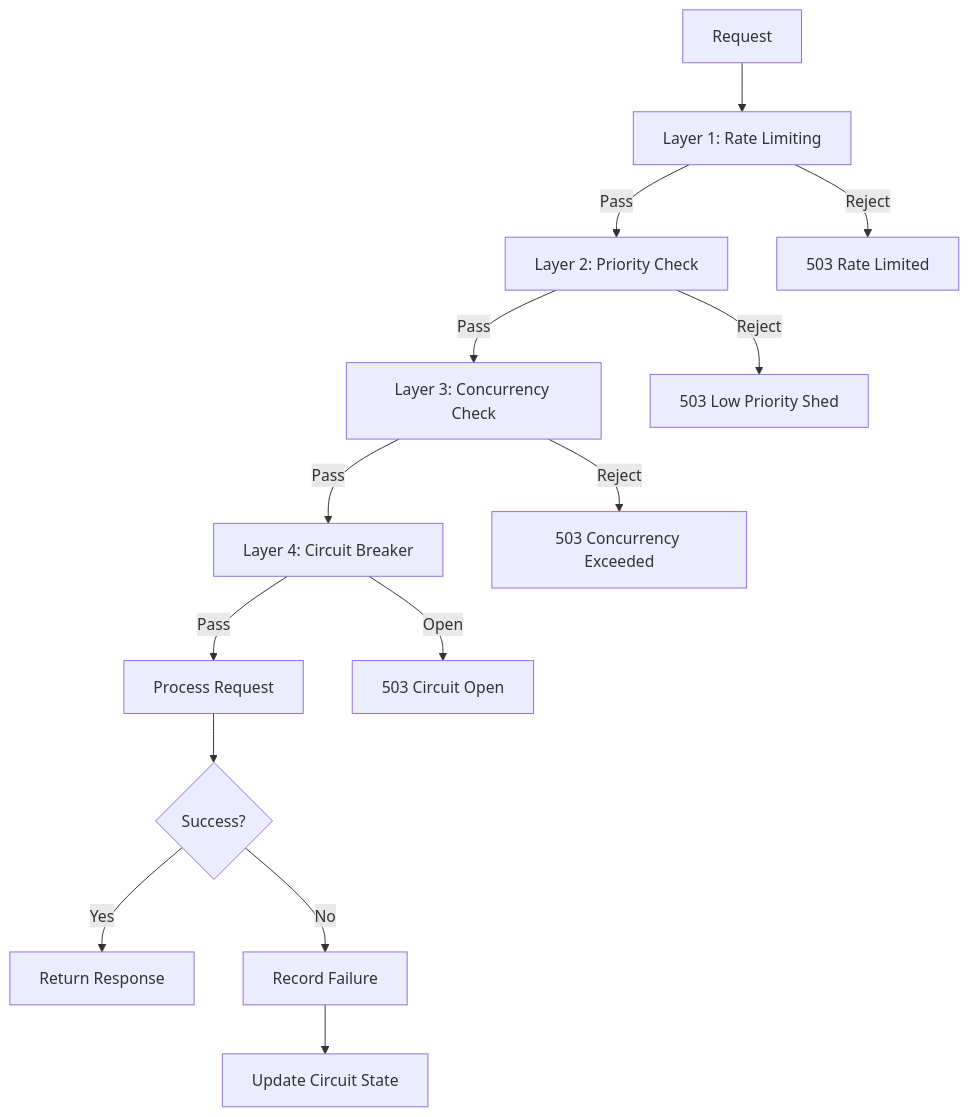
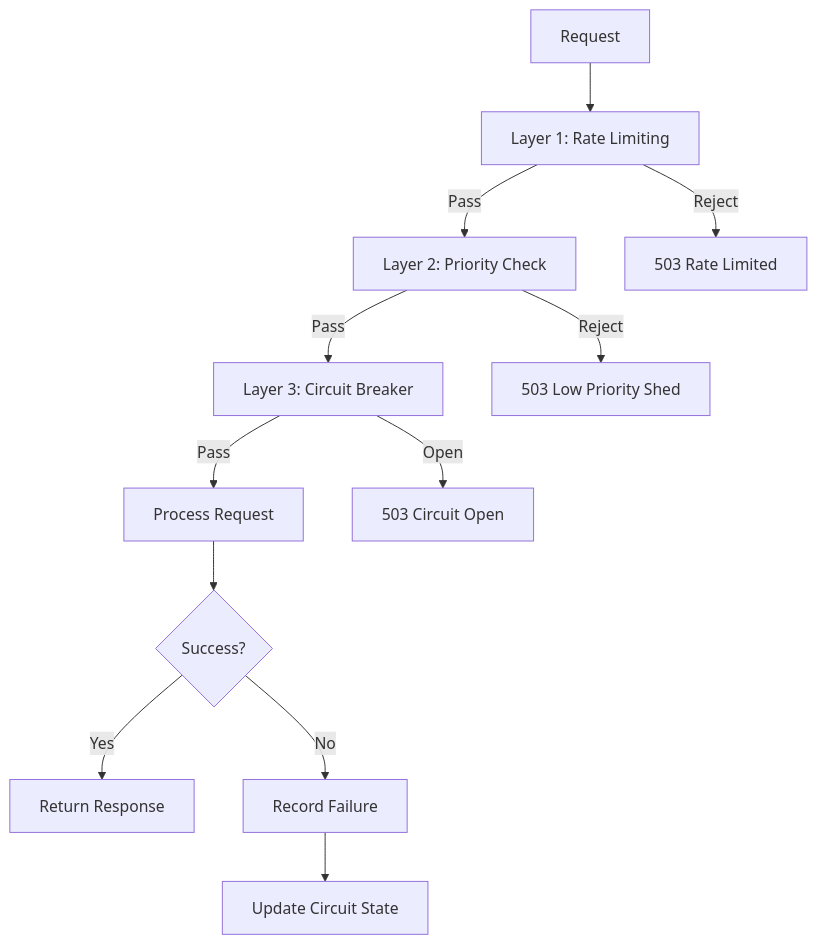
One commit to OneUptime/blog changed the fifth of 7 diagrams in posts/2026-01-30-build-load-shedding-strategies/README.md. Above: the diagram before and after it, drawn with Mermaid. The commit also changed other lines of this file and 2 other files, not shown here.

````diff
--- a/posts/2026-01-30-build-load-shedding-strategies/README.md
+++ b/posts/2026-01-30-build-load-shedding-strategies/README.md
@@ -718,20 +741,17 @@
 ```mermaid
 flowchart TD
     A[Request] --> B[Layer 1: Rate Limiting]
     B -->|Pass| C[Layer 2: Priority Check]
     B -->|Reject| Z[503 Rate Limited]
 
-    C -->|Pass| D[Layer 3: Concurrency Check]
+    C -->|Pass| E[Layer 3: Circuit Breaker]
     C -->|Reject| Y[503 Low Priority Shed]
-
-    D -->|Pass| E[Layer 4: Circuit Breaker]
-    D -->|Reject| X[503 Concurrency Exceeded]
 
     E -->|Pass| F[Process Request]
     E -->|Open| W[503 Circuit Open]
 
     F --> G{Success?}
     G -->|Yes| H[Return Response]
     G -->|No| I[Record Failure]
     I --> J[Update Circuit State]
 ```
````
